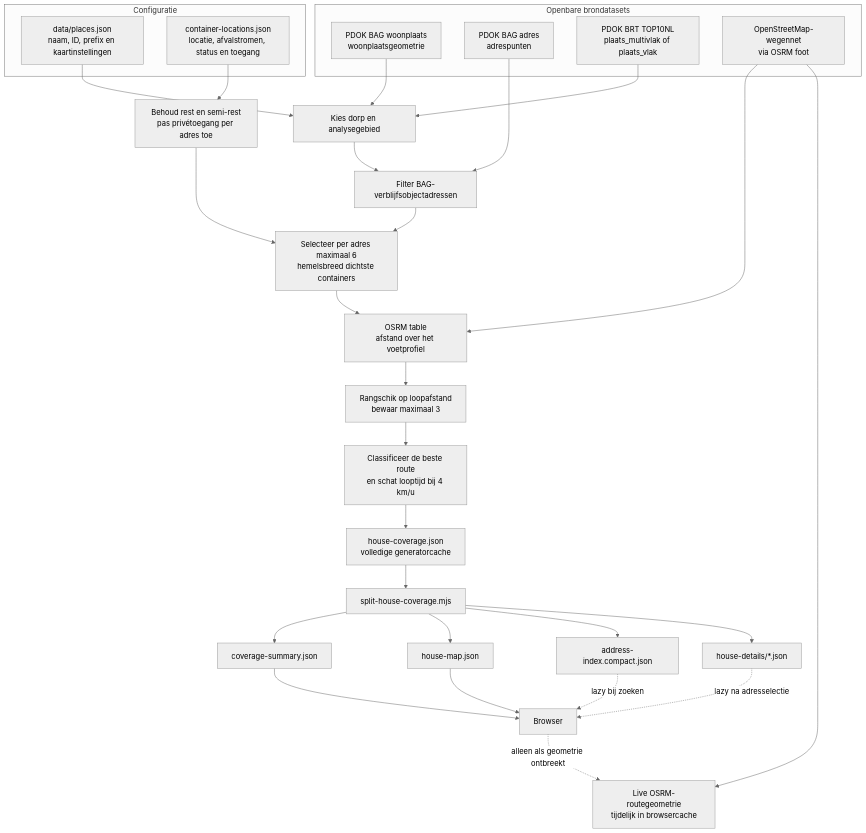
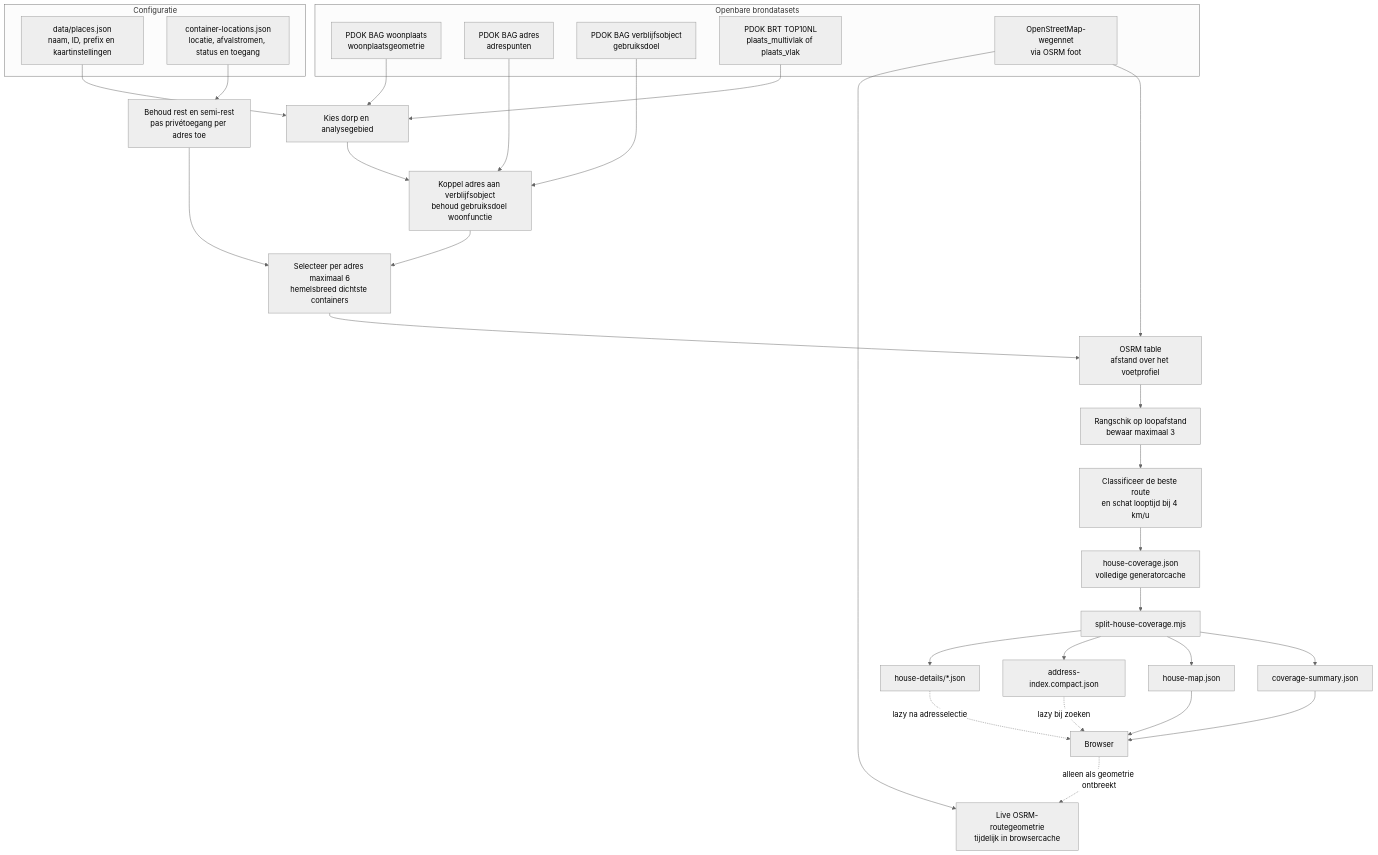
The diagram in docs/data-pipeline.md (TheBeems/afvalcontainers), drawn with Mermaid (neutral theme) before and after one commit. The commit also changed other lines of this file and 8 other files, not shown here.

Commit message:
Filter BAG addresses by residential use

````diff
--- a/docs/data-pipeline.md
+++ b/docs/data-pipeline.md
@@ -7,42 +7,44 @@
 ```mermaid
 flowchart TB
   subgraph Configuratie
     PM["data/places.json<br/>naam, ID, prefix en kaartinstellingen"]
     CL["container-locations.json<br/>locatie, afvalstromen, status en toegang"]
   end
 
   subgraph Openbare_brondatasets[Openbare brondatasets]
     BW["PDOK BAG woonplaats<br/>woonplaatsgeometrie"]
     BA["PDOK BAG adres<br/>adrespunten"]
+    BV["PDOK BAG verblijfsobject<br/>gebruiksdoel"]
     BK["PDOK BRT TOP10NL<br/>plaats_multivlak of plaats_vlak"]
     OSM["OpenStreetMap-wegennet<br/>via OSRM foot"]
   end
 
   PM --> SCOPE["Kies dorp en analysegebied"]
   BW --> SCOPE
   BK --> SCOPE
-  BA --> FILTER["Filter BAG-verblijfsobjectadressen"]
+  BA --> FILTER["Koppel adres aan verblijfsobject<br/>behoud gebruiksdoel woonfunctie"]
+  BV --> FILTER
   SCOPE --> FILTER
 
   CL --> CONTAINERS["Behoud rest en semi-rest<br/>pas privétoegang per adres toe"]
   FILTER --> PRESELECT["Selecteer per adres maximaal 6<br/>hemelsbreed dichtste containers"]
   CONTAINERS --> PRESELECT
   PRESELECT --> TABLE["OSRM table<br/>afstand over het voetprofiel"]
   OSM --> TABLE
   TABLE --> RANK["Rangschik op loopafstand<br/>bewaar maximaal 3"]
   RANK --> CLASSIFY["Classificeer de beste route<br/>en schat looptijd bij 4 km/u"]
 
   CLASSIFY --> CACHE["house-coverage.json<br/>volledige generatorcache"]
   CACHE --> SPLIT["split-house-coverage.mjs"]
   SPLIT --> SUMMARY["coverage-summary.json"]
   SPLIT --> MAP["house-map.json"]
   SPLIT --> INDEX["address-index.compact.json"]
   SPLIT --> DETAILS["house-details/*.json"]
 
   SUMMARY --> SITE["Browser"]
   MAP --> SITE
   INDEX -. "lazy bij zoeken" .-> SITE
   DETAILS -. "lazy na adresselectie" .-> SITE
   SITE -. "alleen als geometrie ontbreekt" .-> LIVE["Live OSRM-routegeometrie<br/>tijdelijk in browsercache"]
   OSM --> LIVE
 ```
````
